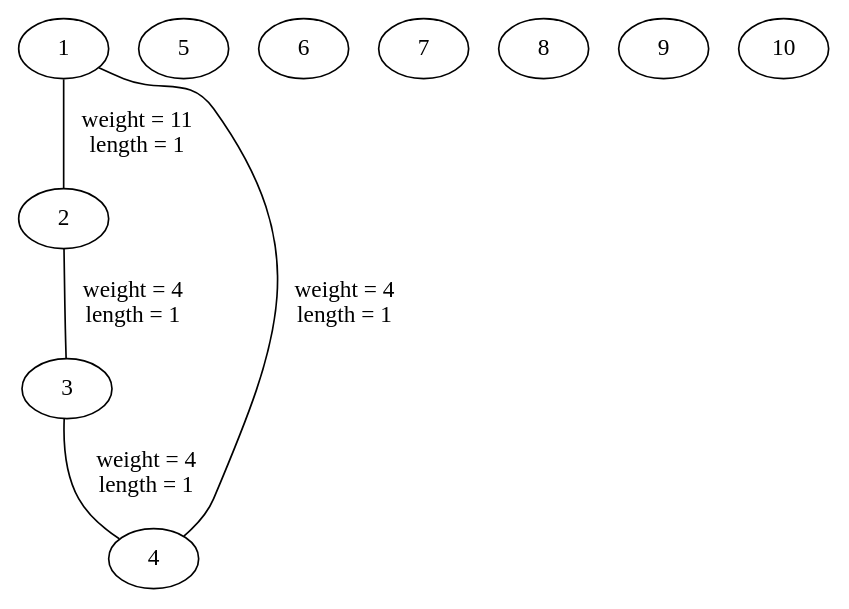
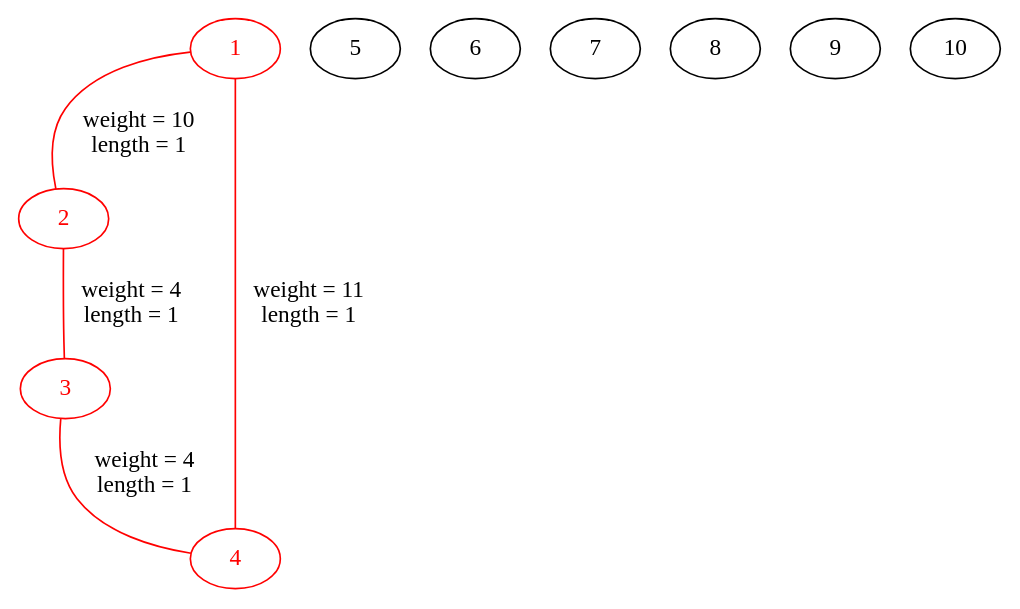
One commit to adam-elbernoussi/ENSAE-S2-IT-project changed the diagram in graph_viz_output/Graph.gv. Above: the diagram before and after it, drawn with Graphviz. The commit also changed 2 other files, not shown here.

```diff
--- a/graph_viz_output/Graph.gv
+++ b/graph_viz_output/Graph.gv
@@ -1,22 +1,26 @@
 // Graph visualisation
 graph "Graph" {
 	graph [concentrate=True]
 	1
 	2
 	3
 	4
 	5
 	6
 	7
 	8
 	9
 	10
-	1 -- 2 [label="weight = 11
- length = 1" weight=11]
-	1 -- 4 [label="weight = 4
- length = 1" weight=4]
+	1 [color=red fontcolor=red]
+	1 -- 4 [label="weight = 11
+ length = 1" color=red weight=11]
+	1 -- 2 [label="weight = 10
+ length = 1" color=red weight=10]
+	2 [color=red fontcolor=red]
 	2 -- 3 [label="weight = 4
- length = 1" weight=4]
+ length = 1" color=red weight=4]
+	3 [color=red fontcolor=red]
 	3 -- 4 [label="weight = 4
- length = 1" weight=4]
+ length = 1" color=red weight=4]
+	4 [color=red fontcolor=red]
 }
```
